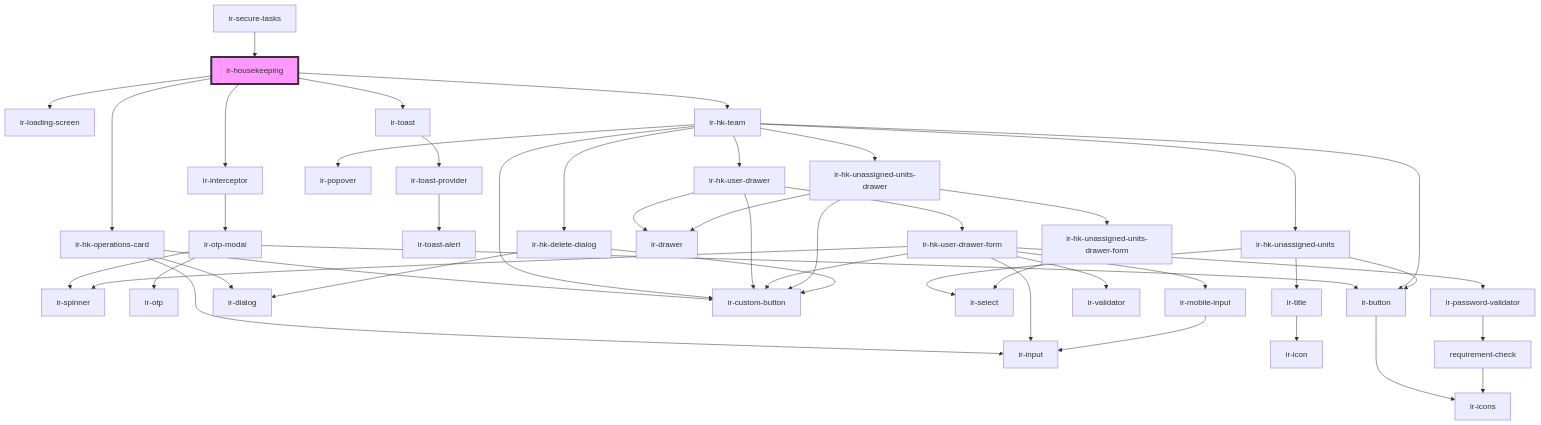
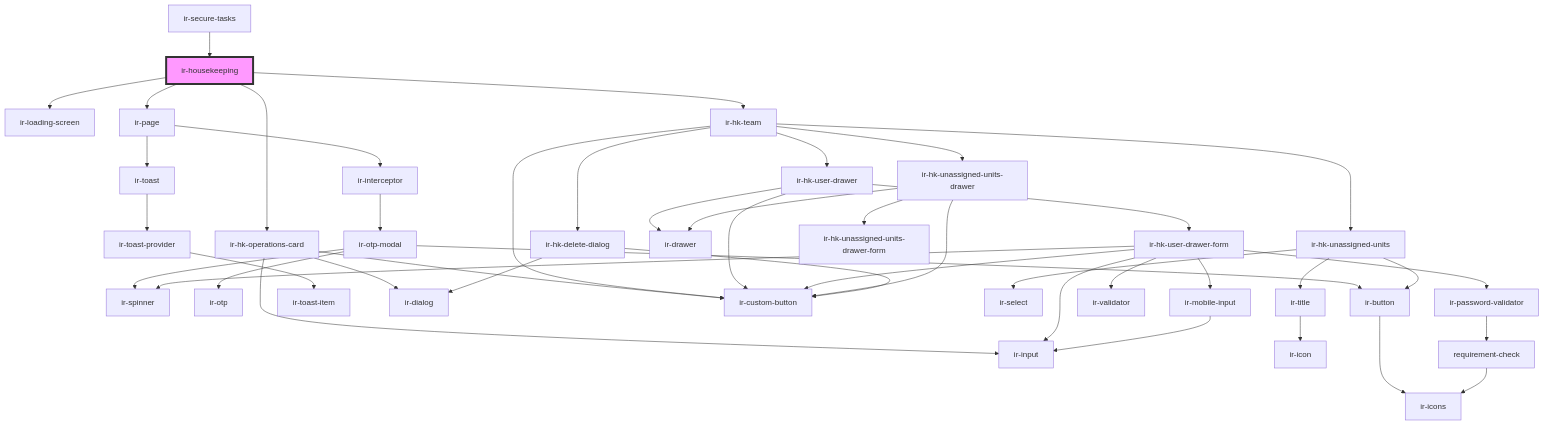
One commit to RonyRizk/ir-webcmp changed the diagram in src/components/ir-housekeeping/readme.md. Above: the diagram before and after it, drawn with Mermaid. The commit also changed other lines of this file and 508 other files, not shown here.

````diff
--- a/src/components/ir-housekeeping/readme.md
+++ b/src/components/ir-housekeeping/readme.md
@@ -41,49 +33,47 @@
 ```mermaid
 graph TD;
   ir-housekeeping --> ir-loading-screen
-  ir-housekeeping --> ir-interceptor
-  ir-housekeeping --> ir-toast
+  ir-housekeeping --> ir-page
   ir-housekeeping --> ir-hk-operations-card
   ir-housekeeping --> ir-hk-team
+  ir-page --> ir-interceptor
+  ir-page --> ir-toast
   ir-interceptor --> ir-otp-modal
   ir-otp-modal --> ir-spinner
   ir-otp-modal --> ir-otp
   ir-otp-modal --> ir-button
   ir-button --> ir-icons
   ir-toast --> ir-toast-provider
-  ir-toast-provider --> ir-toast-alert
+  ir-toast-provider --> ir-toast-item
   ir-hk-operations-card --> ir-input
   ir-hk-operations-card --> ir-dialog
   ir-hk-operations-card --> ir-custom-button
   ir-hk-team --> ir-hk-unassigned-units
   ir-hk-team --> ir-custom-button
-  ir-hk-team --> ir-popover
-  ir-hk-team --> ir-button
   ir-hk-team --> ir-hk-user-drawer
   ir-hk-team --> ir-hk-unassigned-units-drawer
   ir-hk-team --> ir-hk-delete-dialog
   ir-hk-unassigned-units --> ir-select
   ir-hk-unassigned-units --> ir-title
   ir-hk-unassigned-units --> ir-button
   ir-title --> ir-icon
   ir-hk-user-drawer --> ir-drawer
   ir-hk-user-drawer --> ir-hk-user-drawer-form
   ir-hk-user-drawer --> ir-custom-button
   ir-hk-user-drawer-form --> ir-custom-button
   ir-hk-user-drawer-form --> ir-validator
   ir-hk-user-drawer-form --> ir-input
   ir-hk-user-drawer-form --> ir-password-validator
   ir-hk-user-drawer-form --> ir-spinner
   ir-hk-user-drawer-form --> ir-mobile-input
   ir-password-validator --> requirement-check
   requirement-check --> ir-icons
   ir-mobile-input --> ir-input
   ir-hk-unassigned-units-drawer --> ir-drawer
   ir-hk-unassigned-units-drawer --> ir-hk-unassigned-units-drawer-form
   ir-hk-unassigned-units-drawer --> ir-custom-button
-  ir-hk-unassigned-units-drawer-form --> ir-select
   ir-hk-delete-dialog --> ir-dialog
   ir-hk-delete-dialog --> ir-custom-button
   ir-secure-tasks --> ir-housekeeping
   style ir-housekeeping fill:#f9f,stroke:#333,stroke-width:4px
 ```
````
